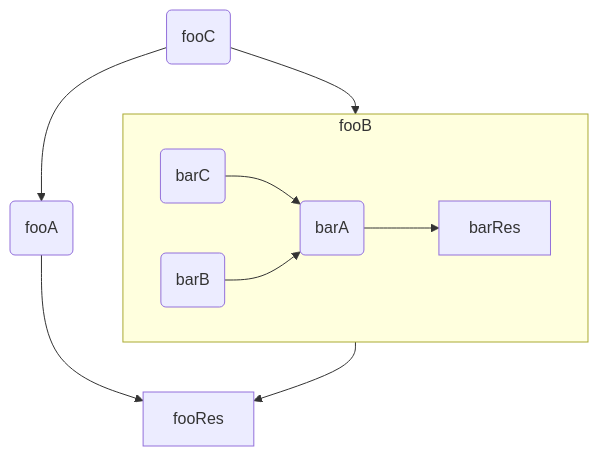
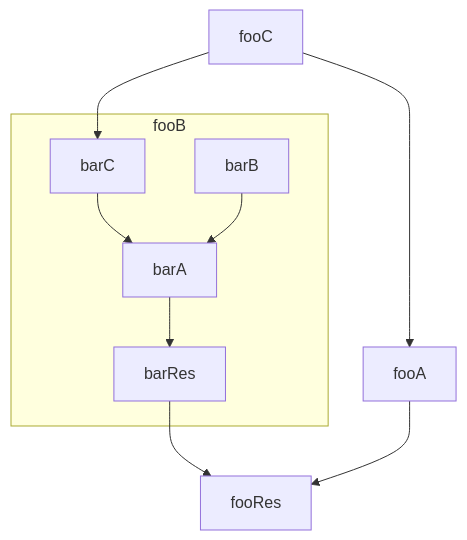
Before and after one commit to JasonSteving99/claro-lang: the third of 3 diagrams in mdbook_docs/src/graph_procedures/graph_procedure_composition/graph_procedure_composition.tmpl.md, drawn with Mermaid.

Commit message:
Continue Updating Claro Docs to Use Auto-Validated Examples

```diff
--- a/mdbook_docs/src/graph_procedures/graph_procedure_composition/graph_procedure_composition.tmpl.md
+++ b/mdbook_docs/src/graph_procedures/graph_procedure_composition/graph_procedure_composition.tmpl.md
@@ -32,12 +32,12 @@
 <pre class="mermaid">
 graph TD
-    fooC(fooC) --> fooA
-    fooC --> fooB
-    fooB --> fooRes
+    fooC --> fooA
+    fooC --> barC
+    barRes --> fooRes
     subgraph fooB
-        barC(barC) --> barA
-        barB(barB) --> barA
-        barA(barA) --> barRes
+        barC --> barA
+        barB --> barA
+        barA --> barRes
     end
-    fooA(fooA) --> fooRes
+    fooA --> fooRes
 </pre>
```
